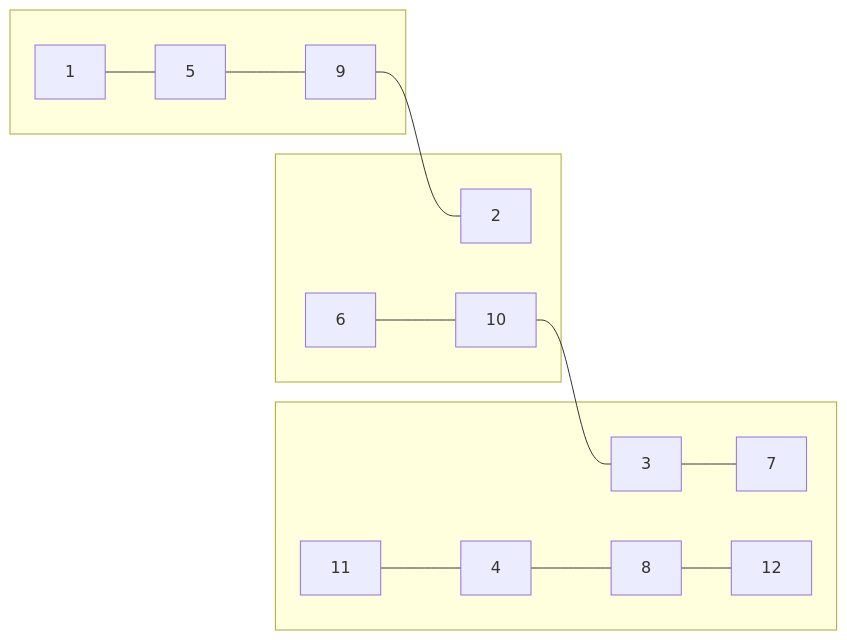
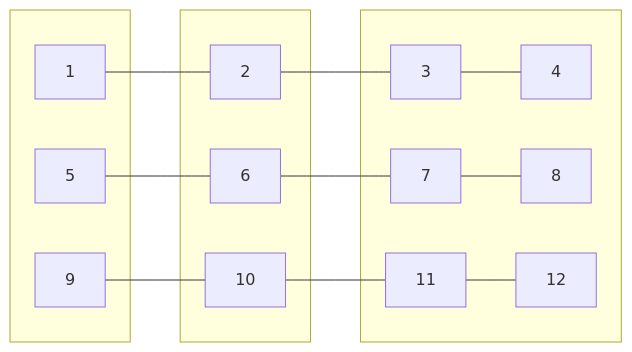
The second of 2 diagrams in README.md (athena-tircgo/amr-lsj), drawn with Mermaid before and after one commit.

Commit message:
Revise workstation connections in README
Updated the diagram to reflect new connections between workstations.

````diff
--- a/README.md
+++ b/README.md
@@ -50,35 +50,35 @@
 ```mermaid
 graph LR
     %% 第一欄
     subgraph col1[ ]
         A1[1]
         A2[5]
         A3[9]
     end
 
     %% 第二欄
     subgraph col2[ ]
         A4[2]
         A5[6]
         A6[10]
     end
 
     %% 第三欄
     subgraph col3[ ]
         A7[3]
         A8[7]
         A9[11]
     end
 
    %% 第四欄
     subgraph col3[ ]
         A10[4]
         A11[8]
         A12[12]
     end
 
     %% 橫向連線
-    A1 --- A2 --- A3 --- A4
-    A5 --- A6 --- A7 --- A8
-    A9 --- A10 --- A11 --- A12
+    A1 --- A4 --- A7 --- A10
+    A2 --- A5 --- A8 --- A11
+    A3 --- A6 --- A9 --- A12
 ```
````
